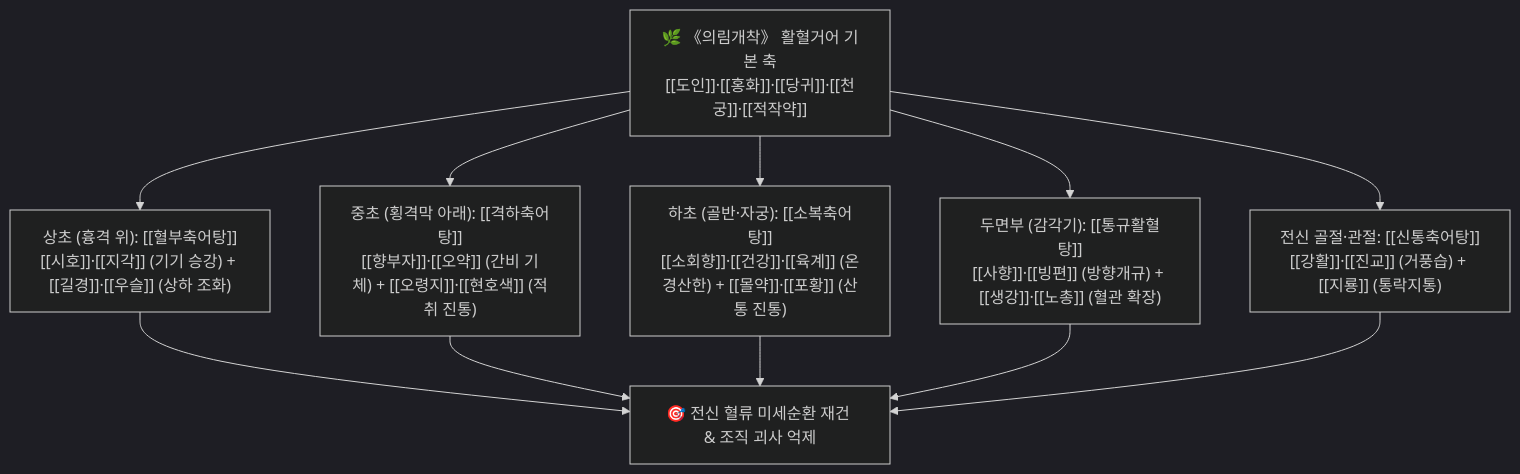
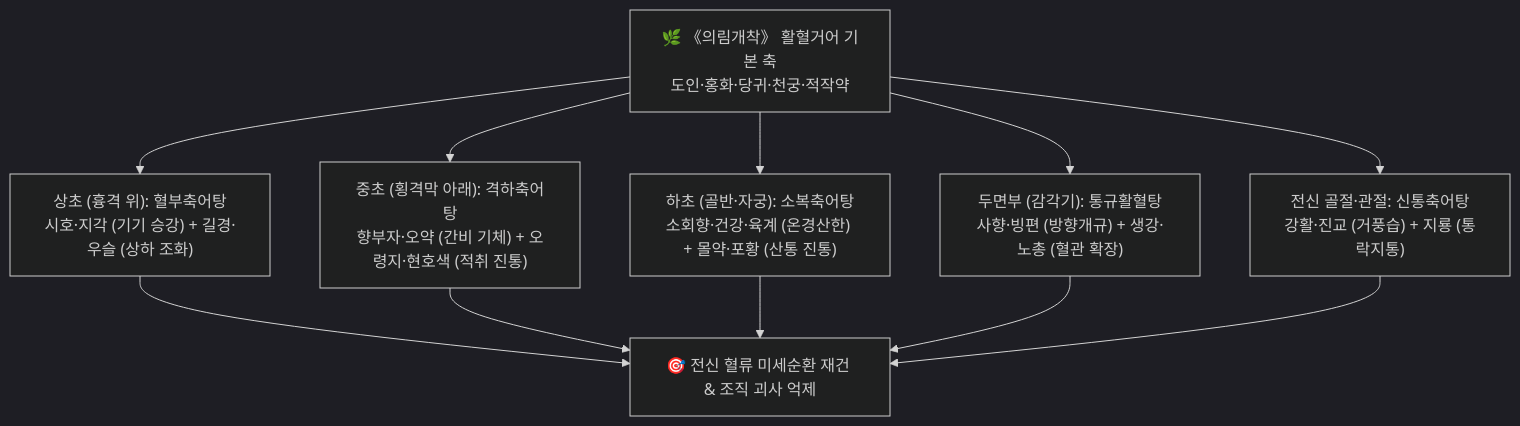
One commit to simbio11/simbio-digital-garden2 changed the diagram in content/2. 약리 공부/처방/05_활혈거어·지혈제/축어탕.md. Above: the diagram before and after it, drawn with Mermaid (dark theme). The commit also changed other lines of this file and 105 other files, not shown here.

````diff
--- a/content/2. 약리 공부/처방/05_활혈거어·지혈제/축어탕.md
+++ b/content/2. 약리 공부/처방/05_활혈거어·지혈제/축어탕.md
@@ -60,14 +61,14 @@
 ```mermaid
 graph TD
-    Root["🌿 《의림개착》 활혈거어 기본 축<br>[[도인]]·[[홍화]]·[[당귀]]·[[천궁]]·[[적작약]]"] --> S1["상초 (흉격 위): [[혈부축어탕]]<br>[[시호]]·[[지각]] (기기 승강) + [[길경]]·[[우슬]] (상하 조화)"]
-    Root --> S2["중초 (횡격막 아래): [[격하축어탕]]<br>[[향부자]]·[[오약]] (간비 기체) + [[오령지]]·[[현호색]] (적취 진통)"]
-    Root --> S3["하초 (골반·자궁): [[소복축어탕]]<br>[[소회향]]·[[건강]]·[[육계]] (온경산한) + [[몰약]]·[[포황]] (산통 진통)"]
-    Root --> S4["두면부 (감각기): [[통규활혈탕]]<br>[[사향]]·[[빙편]] (방향개규) + [[생강]]·[[노총]] (혈관 확장)"]
-    Root --> S5["전신 골절·관절: [[신통축어탕]]<br>[[강활]]·[[진교]] (거풍습) + [[지룡]] (통락지통)"]
+    Root["🌿 《의림개착》 활혈거어 기본 축<br>도인·홍화·당귀·천궁·적작약"] --> S1["상초 (흉격 위): 혈부축어탕<br>시호·지각 (기기 승강) + 길경·우슬 (상하 조화)"]
+    Root --> S2["중초 (횡격막 아래): 격하축어탕<br>향부자·오약 (간비 기체) + 오령지·현호색 (적취 진통)"]
+    Root --> S3["하초 (골반·자궁): 소복축어탕<br>소회향·건강·육계 (온경산한) + 몰약·포황 (산통 진통)"]
+    Root --> S4["두면부 (감각기): 통규활혈탕<br>사향·빙편 (방향개규) + 생강·노총 (혈관 확장)"]
+    Root --> S5["전신 골절·관절: 신통축어탕<br>강활·진교 (거풍습) + 지룡 (통락지통)"]
 
     S1 --> Target["🎯 전신 혈류 미세순환 재건 & 조직 괴사 억제"]
     S2 --> Target
     S3 --> Target
     S4 --> Target
     S5 --> Target
 ```
````
